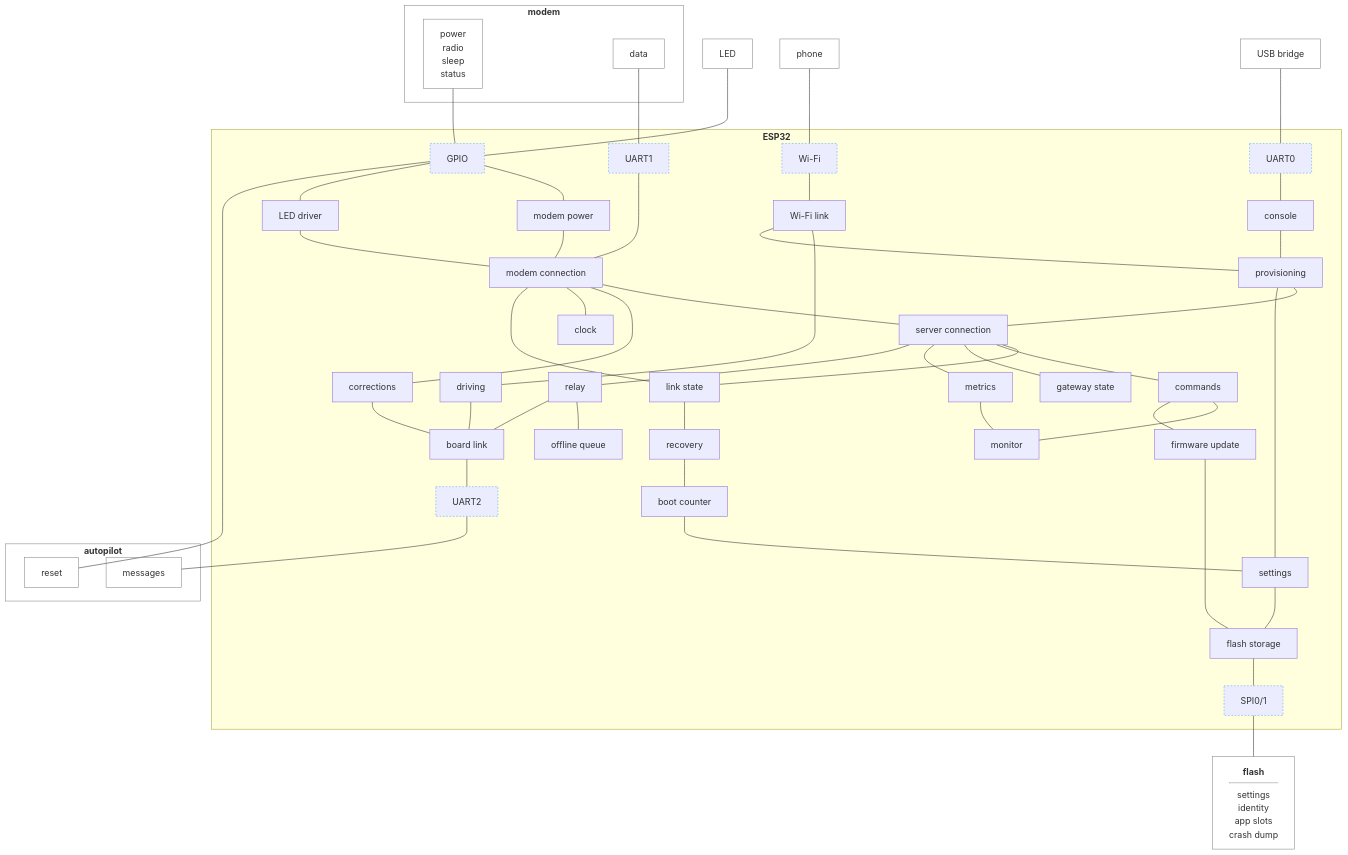
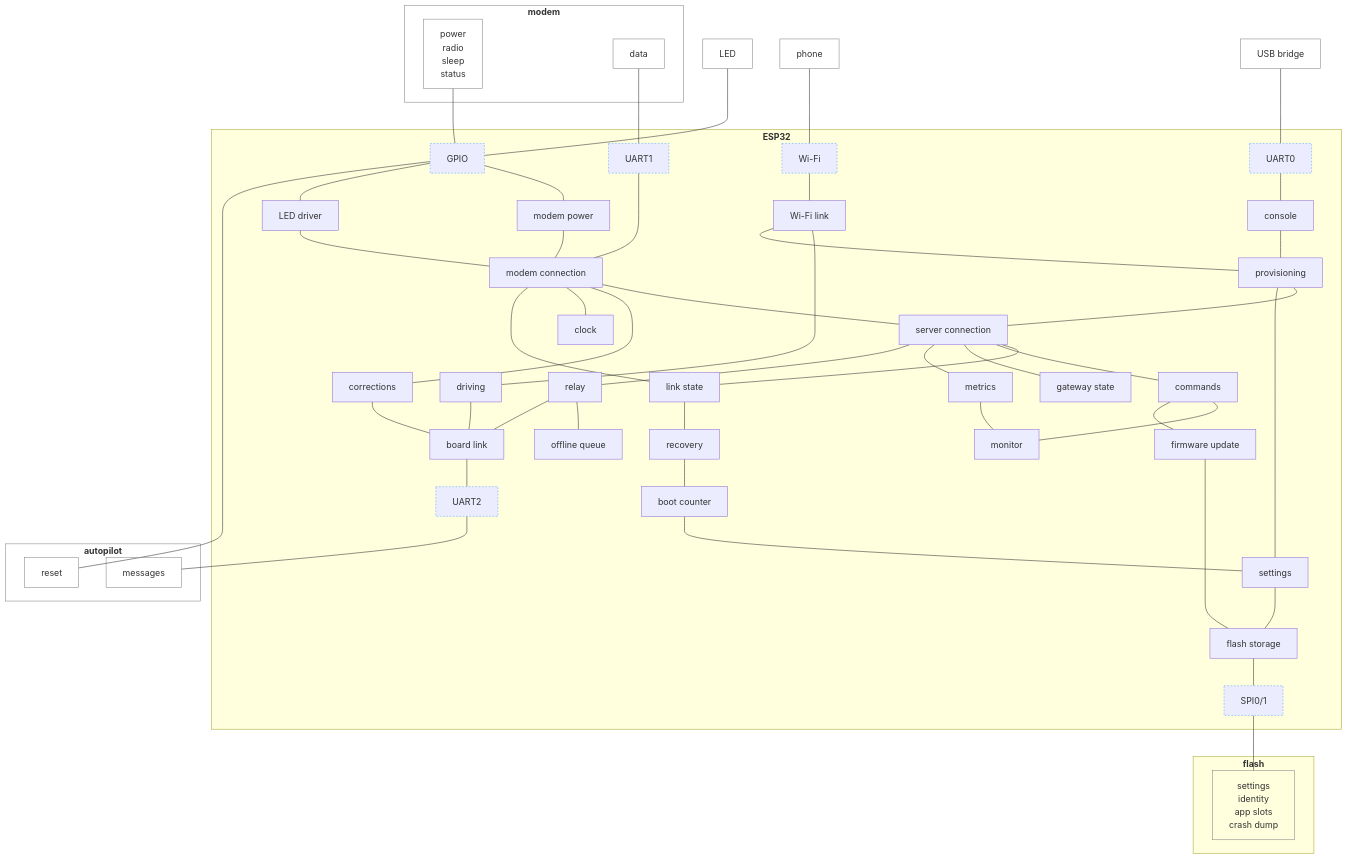
The diagram in .esp-architecture/diagrams/block-draft.md (rmx-lt/rmx-mower-gateway), drawn with Mermaid before and after one commit.

Commit message:
Draft: flash parts in a container

````diff
--- a/.esp-architecture/diagrams/block-draft.md
+++ b/.esp-architecture/diagrams/block-draft.md
@@ -46,7 +46,9 @@
     areset["reset"]
     amsg["messages"]
   end
-  fl["<b>flash</b><hr/>settings<br/>identity<br/>app slots<br/>crash dump"]
+  subgraph fl["<b>flash</b>"]
+    fparts["settings<br/>identity<br/>app slots<br/>crash dump"]
+  end
   mdata --- u1 --- conn
   mctl --- gp
   led --- gp
@@ -80,11 +82,11 @@
   drive --- bl
   upd --- fs
   set --- fs
-  fs --- sp --- fl
+  fs --- sp --- fparts
   bl --- u2 --- amsg
   gp --- areset
   classDef bus stroke:#58a6ff,stroke-dasharray:3 3
   class u1,gp,u2,wf,u0,sp bus
   classDef device fill:none,stroke:#888
-  class modem,mdata,mctl,led,ap,amsg,areset,ph,usb,fl device
+  class modem,mdata,mctl,led,ap,amsg,areset,ph,usb,fparts device
 ```
````
